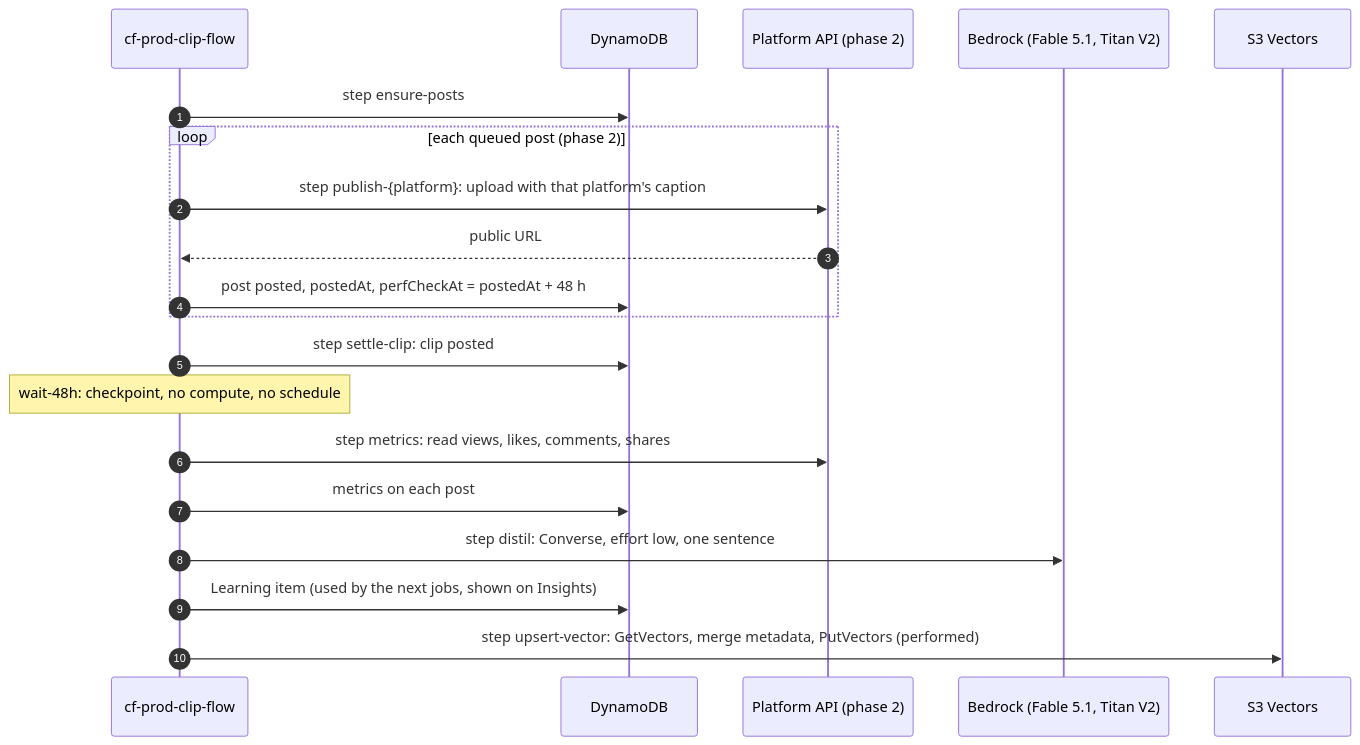
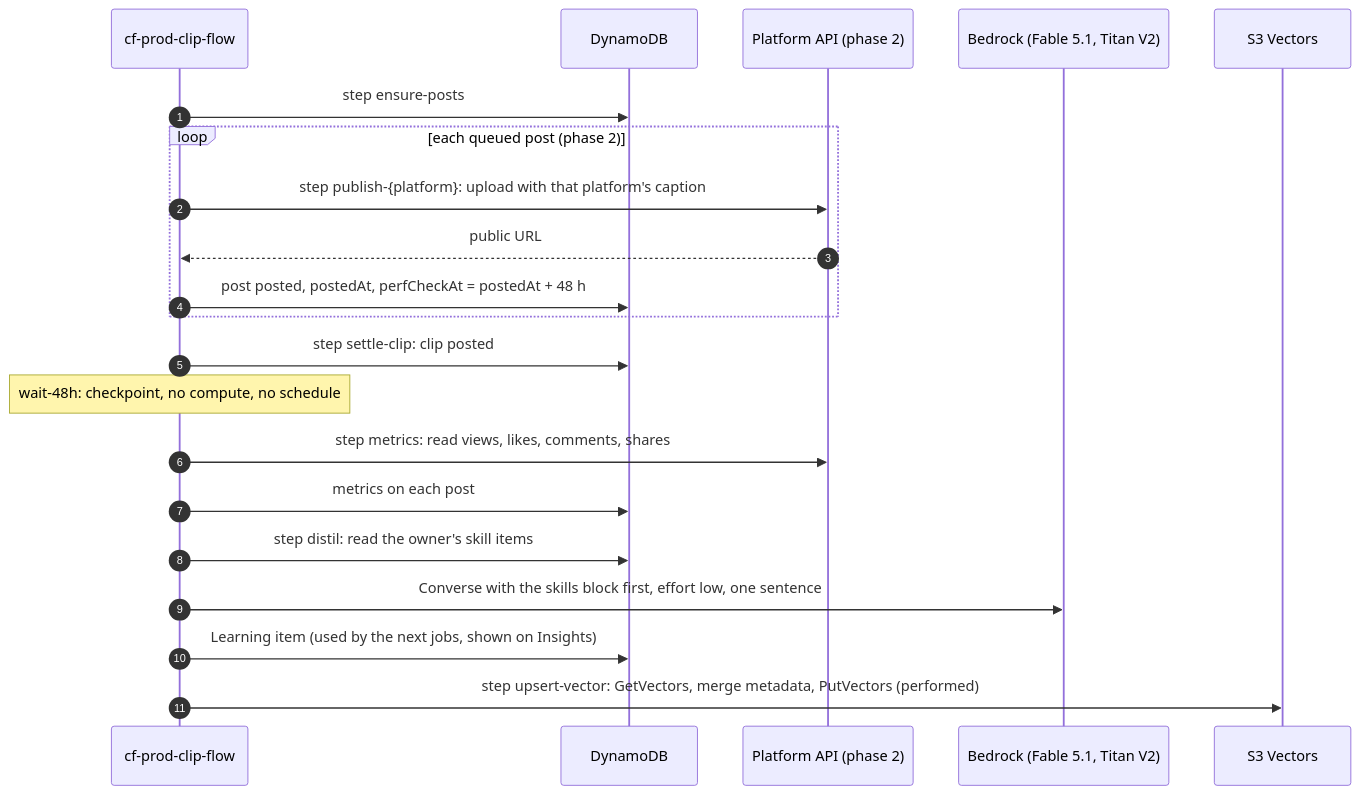
One commit to Lamo2real/clip-factory changed the tenth of 18 diagrams in docs/ARCHITECTURE.md. Above: the diagram before and after it, drawn with Mermaid. The commit also changed other lines of this file and 11 other files, not shown here.

````diff
--- a/docs/ARCHITECTURE.md
+++ b/docs/ARCHITECTURE.md
@@ -383,22 +385,23 @@
 ```mermaid
 sequenceDiagram
   autonumber
   participant C as cf-prod-clip-flow
   participant D as DynamoDB
   participant X as Platform API (phase 2)
   participant B as Bedrock (Fable 5.1, Titan V2)
   participant V as S3 Vectors
   C->>D: step ensure-posts
   loop each queued post (phase 2)
     C->>X: step publish-{platform}: upload with that platform's caption
     X-->>C: public URL
     C->>D: post posted, postedAt, perfCheckAt = postedAt + 48 h
   end
   C->>D: step settle-clip: clip posted
   Note over C: wait-48h: checkpoint, no compute, no schedule
   C->>X: step metrics: read views, likes, comments, shares
   C->>D: metrics on each post
-  C->>B: step distil: Converse, effort low, one sentence
+  C->>D: step distil: read the owner's skill items
+  C->>B: Converse with the skills block first, effort low, one sentence
   C->>D: Learning item (used by the next jobs, shown on Insights)
   C->>V: step upsert-vector: GetVectors, merge metadata, PutVectors (performed)
 ```
````
